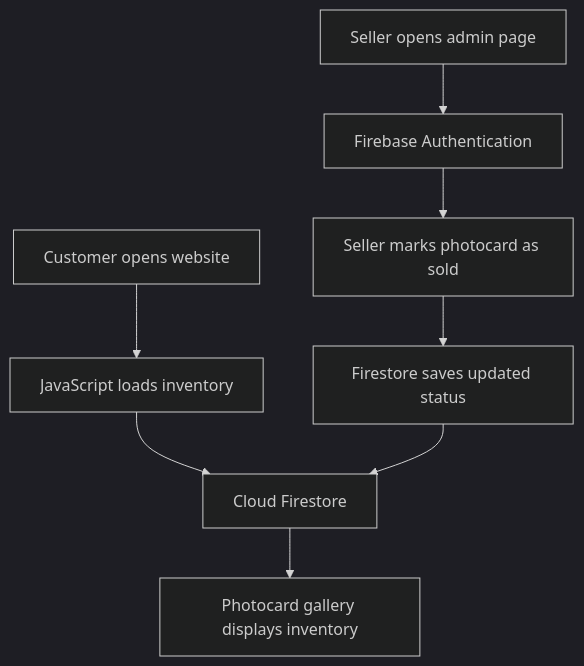
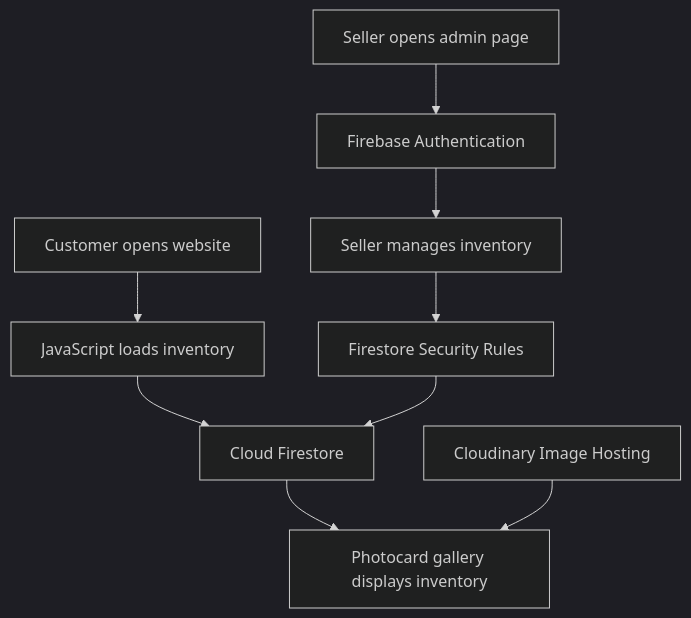
One commit to Isimar914/photocard-catalog changed the second of 2 diagrams in README.md. Above: the diagram before and after it, drawn with Mermaid (dark theme). The commit also changed other lines of this file and 5 other files, not shown here.

````diff
--- a/README.md
+++ b/README.md
@@ -123,19 +135,21 @@
 ```mermaid
 flowchart TD
     A["Customer opens website"]
     B["JavaScript loads inventory"]
     C["Cloud Firestore"]
     D["Photocard gallery displays inventory"]
     E["Seller opens admin page"]
     F["Firebase Authentication"]
-    G["Seller marks photocard as sold"]
-    H["Firestore saves updated status"]
+    G["Seller manages inventory"]
+    H["Firestore Security Rules"]
+    I["Cloudinary Image Hosting"]
 
     A --> B
     B --> C
     C --> D
     E --> F
     F --> G
     G --> H
     H --> C
+    I --> D
 ```
````
